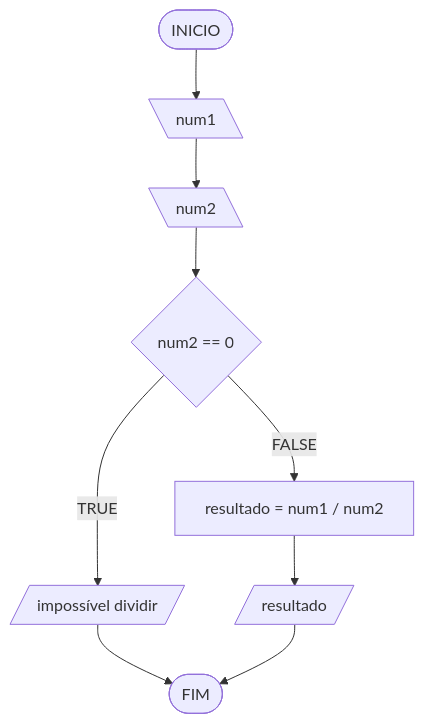
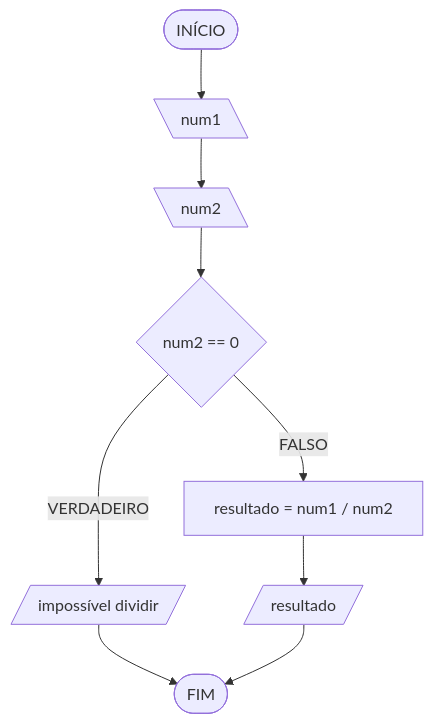
Before and after one commit to Carlos-Eduardo-Freitas/JavaScript-C-JAVA-Python: the sixth of 8 diagrams in JavaScript/Aula 1: Variáveis/aula1.md, drawn with Mermaid. The commit also changed other lines of this file, not shown here.

````diff
--- a/JavaScript/Aula 1: Variáveis/aula1.md
+++ b/JavaScript/Aula 1: Variáveis/aula1.md
@@ -257,11 +269,11 @@
 ```mermaid
 flowchart TD
-A([INICIO]) --> B[\num1\]
+A([INÍCIO]) --> B[\num1\]
 B --> C[\num2\]
 C --> D{num2 == 0}
-D --TRUE--> E[/"impossível dividir"/]
-D --FALSE--> F[resultado = num1 / num2]
+D -->|VERDADEIRO| E[/"impossível dividir"/]
+D -->|FALSO| F[resultado = num1 / num2]
 F --> G[/"resultado"/]
 E --> H([FIM])
 G --> H
 ```
````
